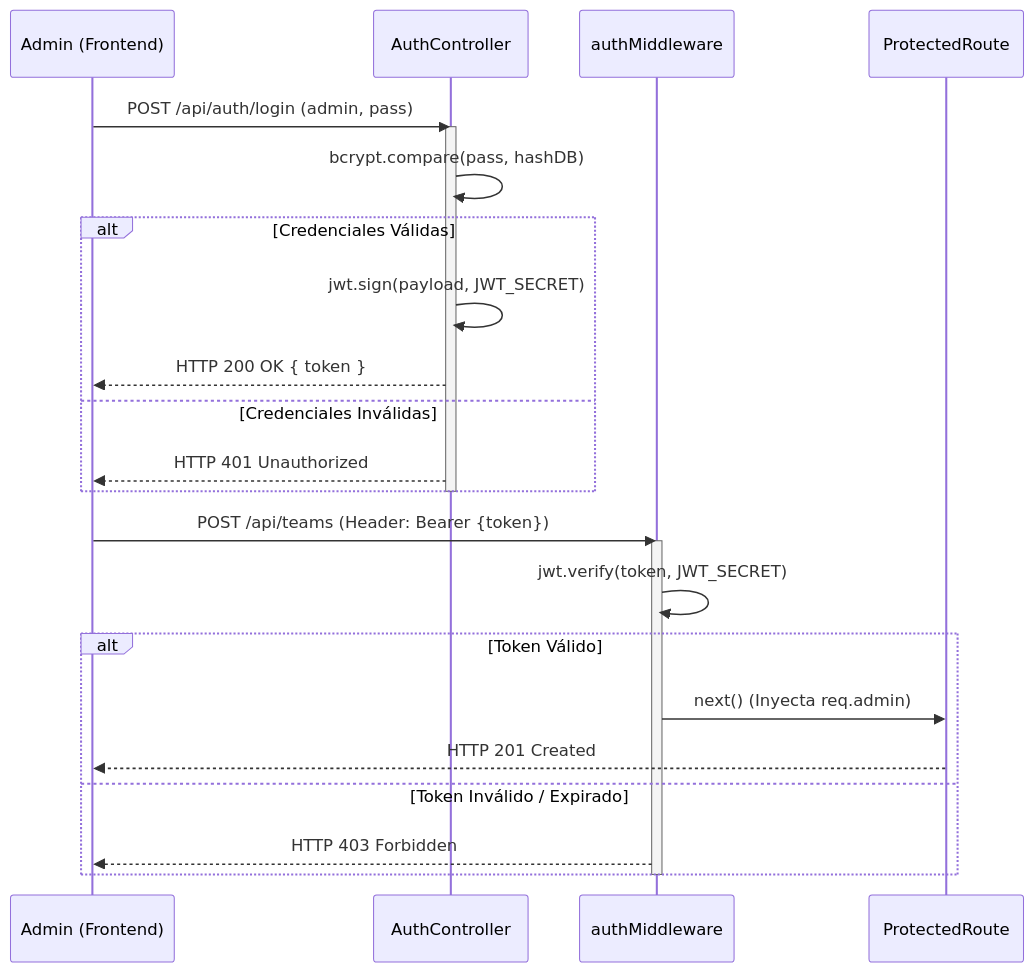
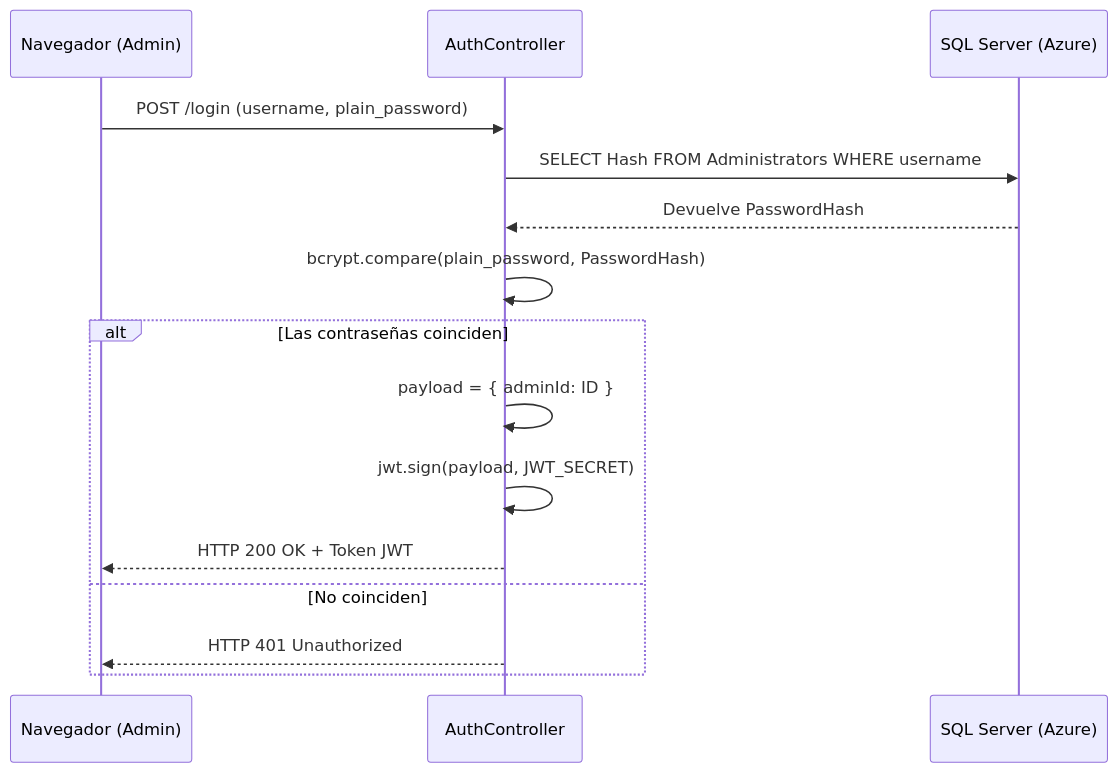
The third of 3 diagrams in TPO_Liga/docs/DOCUMENTACION_TECNICA.md (tomyhok/TPO_API_2026), drawn with Mermaid before and after one commit. The commit also changed other lines of this file and 1 other file, not shown here.

Commit message:
docs: add technical documentation and scaffold home and match list frontend components

````diff
--- a/TPO_Liga/docs/DOCUMENTACION_TECNICA.md
+++ b/TPO_Liga/docs/DOCUMENTACION_TECNICA.md
@@ -193,29 +350,19 @@
 ```mermaid
 sequenceDiagram
-    participant Admin (Frontend)
-    participant AuthController
-    participant authMiddleware
-    participant ProtectedRoute
+    participant Admin as Navegador (Admin)
+    participant Auth as AuthController
+    participant DB as SQL Server (Azure)
 
-    Admin (Frontend)->>AuthController: POST /api/auth/login (admin, pass)
-    activate AuthController
-    AuthController->>AuthController: bcrypt.compare(pass, hashDB)
-    alt Credenciales Válidas
-        AuthController->>AuthController: jwt.sign(payload, JWT_SECRET)
-        AuthController-->>Admin (Frontend): HTTP 200 OK { token }
-    else Credenciales Inválidas
-        AuthController-->>Admin (Frontend): HTTP 401 Unauthorized
+    Admin->>Auth: POST /login (username, plain_password)
+    Auth->>DB: SELECT Hash FROM Administrators WHERE username
+    DB-->>Auth: Devuelve PasswordHash
+    Auth->>Auth: bcrypt.compare(plain_password, PasswordHash)
+    
+    alt Las contraseñas coinciden
+        Auth->>Auth: payload = { adminId: ID }
+        Auth->>Auth: jwt.sign(payload, JWT_SECRET)
+        Auth-->>Admin: HTTP 200 OK + Token JWT
+    else No coinciden
+        Auth-->>Admin: HTTP 401 Unauthorized
     end
-    deactivate AuthController
-
-    Admin (Frontend)->>authMiddleware: POST /api/teams (Header: Bearer {token})
-    activate authMiddleware
-    authMiddleware->>authMiddleware: jwt.verify(token, JWT_SECRET)
-    alt Token Válido
-        authMiddleware->>ProtectedRoute: next() (Inyecta req.admin)
-        ProtectedRoute-->>Admin (Frontend): HTTP 201 Created
-    else Token Inválido / Expirado
-        authMiddleware-->>Admin (Frontend): HTTP 403 Forbidden
-    end
-    deactivate authMiddleware
 ```
````
